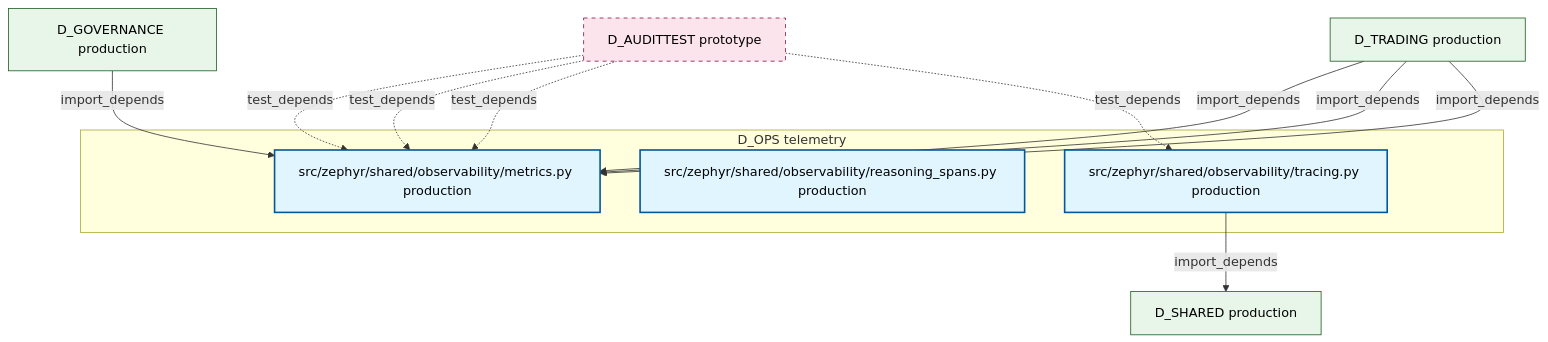
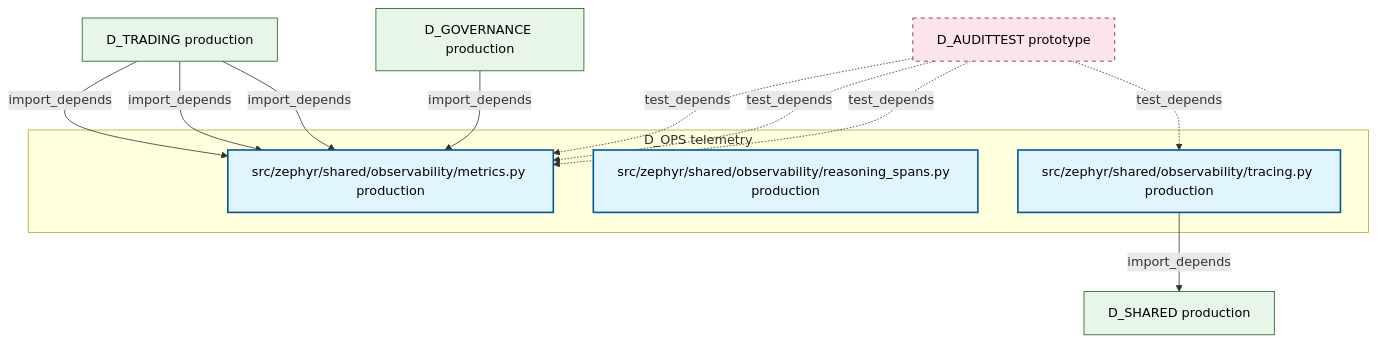
Before and after one commit to xuanFelixVan/ZephyrAlpha: the diagram in docs/02_enterprise_architecture/02_domain_architecture_docs/15_d_ops.md, drawn with Mermaid. The commit also changed other lines of this file and 99 other files, not shown here.

````diff
--- a/docs/02_enterprise_architecture/02_domain_architecture_docs/15_d_ops.md
+++ b/docs/02_enterprise_architecture/02_domain_architecture_docs/15_d_ops.md
@@ -47,28 +47,28 @@
 ```mermaid
 graph TD
     subgraph D_OPS["D_OPS telemetry"]
         src_zephyr_shared_observability_metrics_py["src/zephyr/shared/observability/metrics.py production"]
         src_zephyr_shared_observability_reasoning_spans_py["src/zephyr/shared/observability/reasoning_spans.py production"]
         src_zephyr_shared_observability_tracing_py["src/zephyr/shared/observability/tracing.py production"]
     end
     D_SHARED["D_SHARED production"]
     src_zephyr_shared_observability_tracing_py -->|import_depends| D_SHARED
+    D_TRADING["D_TRADING production"]
+    D_TRADING -->|import_depends| src_zephyr_shared_observability_metrics_py
+    D_TRADING -->|import_depends| src_zephyr_shared_observability_metrics_py
     D_AUDITTEST["D_AUDITTEST prototype"]
     D_AUDITTEST -.->|test_depends| src_zephyr_shared_observability_metrics_py
     D_GOVERNANCE["D_GOVERNANCE production"]
     D_GOVERNANCE -->|import_depends| src_zephyr_shared_observability_metrics_py
-    D_TRADING["D_TRADING production"]
-    D_TRADING -->|import_depends| src_zephyr_shared_observability_metrics_py
     D_AUDITTEST -.->|test_depends| src_zephyr_shared_observability_metrics_py
     D_AUDITTEST -.->|test_depends| src_zephyr_shared_observability_metrics_py
-    D_TRADING -->|import_depends| src_zephyr_shared_observability_metrics_py
     D_TRADING -->|import_depends| src_zephyr_shared_observability_metrics_py
     D_AUDITTEST -.->|test_depends| src_zephyr_shared_observability_tracing_py
     classDef production fill:#e1f5fe,stroke:#01579b,stroke-width:2px,color:#000
     classDef design fill:#fff3e0,stroke:#e65100,stroke-width:2px,color:#000,stroke-dasharray: 5 5
     classDef external_prod fill:#e8f5e9,stroke:#1b5e20,stroke-width:1px,color:#000
     classDef external_design fill:#fce4ec,stroke:#880e4f,stroke-width:1px,color:#000,stroke-dasharray: 5 5
     class src_zephyr_shared_observability_metrics_py,src_zephyr_shared_observability_reasoning_spans_py,src_zephyr_shared_observability_tracing_py production
-    class D_SHARED,D_GOVERNANCE,D_TRADING external_prod
+    class D_SHARED,D_TRADING,D_GOVERNANCE external_prod
     class D_AUDITTEST external_design
 ```
````
